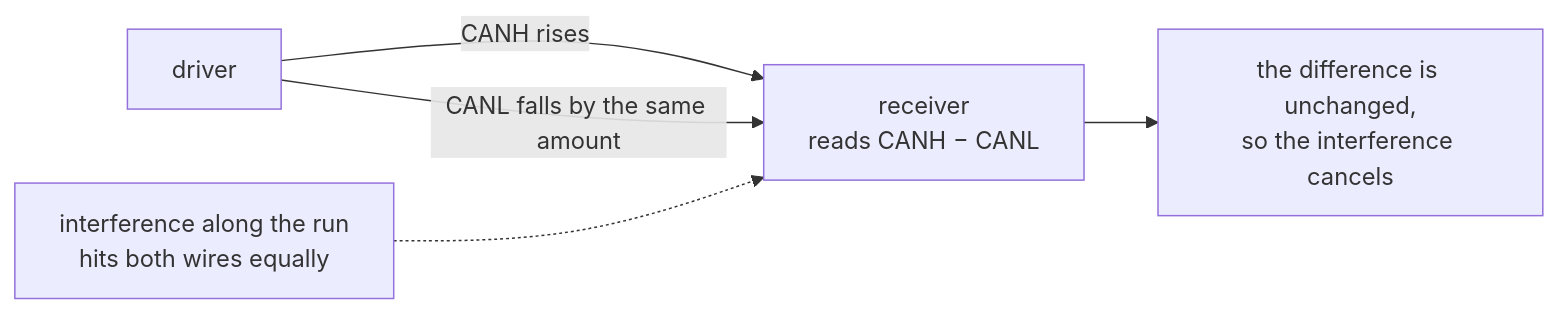
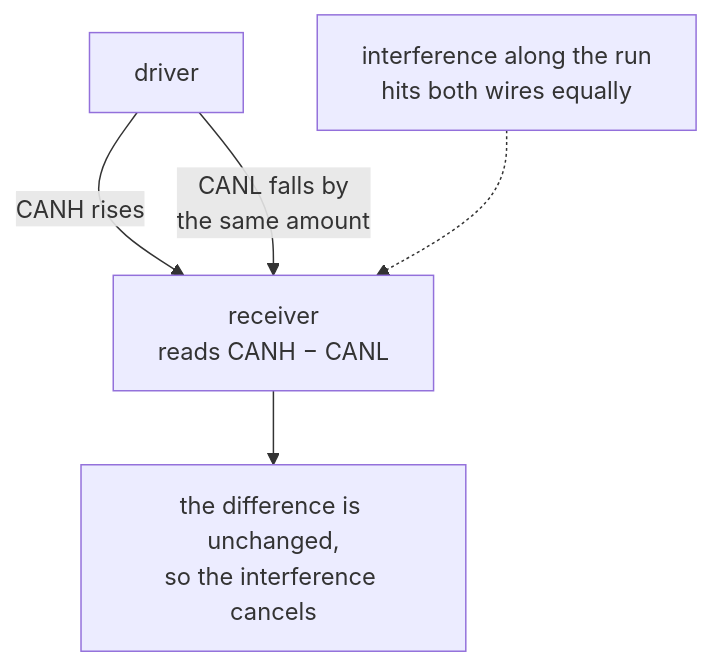
Before and after one commit to panyam/agni: the diagram in docsite/content/reference/terms/differential-pair.md, drawn with Mermaid. The commit also changed 4 other files, not shown here.

````diff
--- a/docsite/content/reference/terms/differential-pair.md
+++ b/docsite/content/reference/terms/differential-pair.md
@@ -14,7 +14,7 @@
 ```mermaid
-flowchart LR
+flowchart TB
     D["driver"] -->|"CANH rises"| R["receiver<br/>reads CANH − CANL"]
-    D -->|"CANL falls by the same amount"| R
+    D -->|"CANL falls by<br/>the same amount"| R
     N["interference along the run<br/>hits both wires equally"] -.-> R
     R --> O["the difference is unchanged,<br/>so the interference cancels"]
 ```
````
